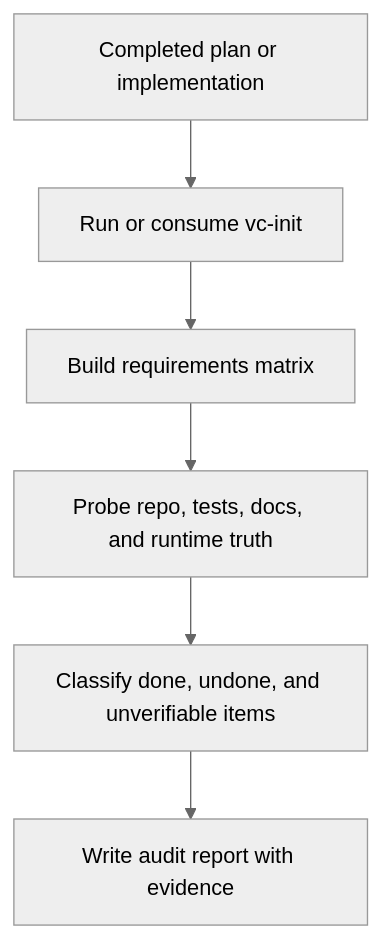
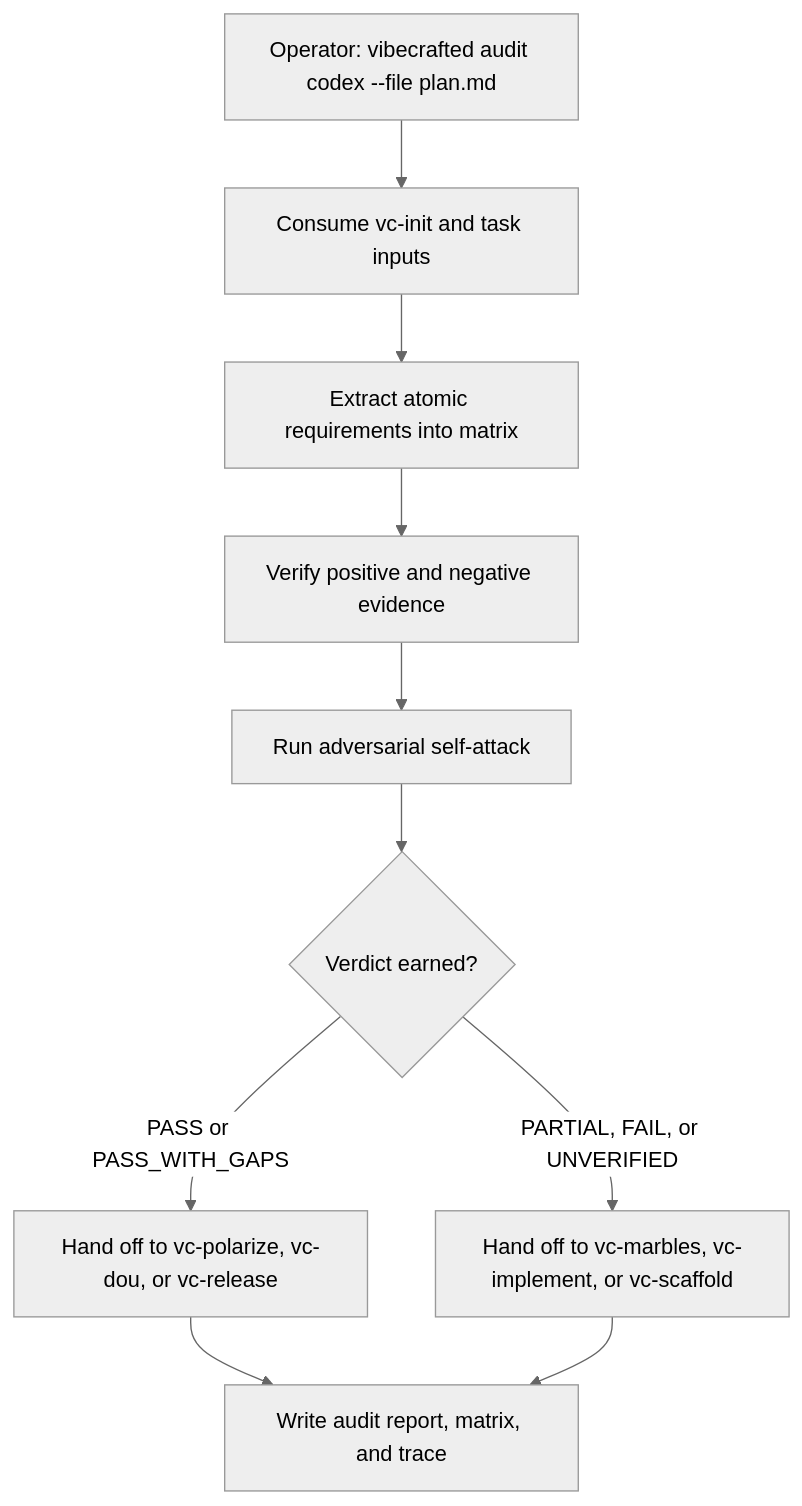
The diagram in skills/vc-audit/FLOW.md (VetCoders/VibeCrafted), drawn with Mermaid (neutral theme) before and after one commit. The commit also changed other lines of this file and 22 other files, not shown here.

````diff
--- a/skills/vc-audit/FLOW.md
+++ b/skills/vc-audit/FLOW.md
@@ -5,8 +5,12 @@
 ```mermaid
 flowchart TD
-    A[Completed plan or implementation] --> B[Run or consume vc-init]
-    B --> C[Build requirements matrix]
-    C --> D[Probe repo, tests, docs, and runtime truth]
-    D --> E[Classify done, undone, and unverifiable items]
-    E --> F[Write audit report with evidence]
+    A[Operator: vibecrafted audit codex --file plan.md] --> B[Consume vc-init and task inputs]
+    B --> C[Extract atomic requirements into matrix]
+    C --> D[Verify positive and negative evidence]
+    D --> E[Run adversarial self-attack]
+    E --> F{Verdict earned?}
+    F -->|PASS or PASS_WITH_GAPS| G[Hand off to vc-polarize, vc-dou, or vc-release]
+    F -->|PARTIAL, FAIL, or UNVERIFIED| H[Hand off to vc-marbles, vc-implement, or vc-scaffold]
+    G --> I[Write audit report, matrix, and trace]
+    H --> I
 ```
````
